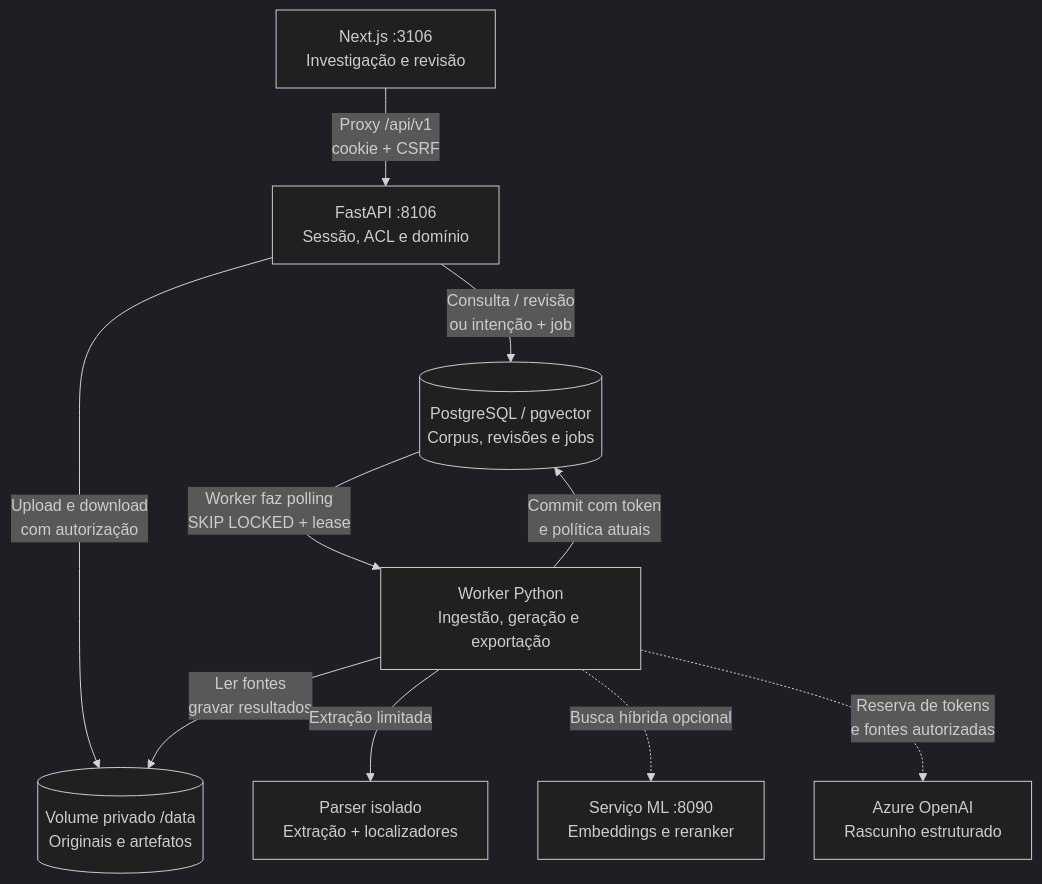
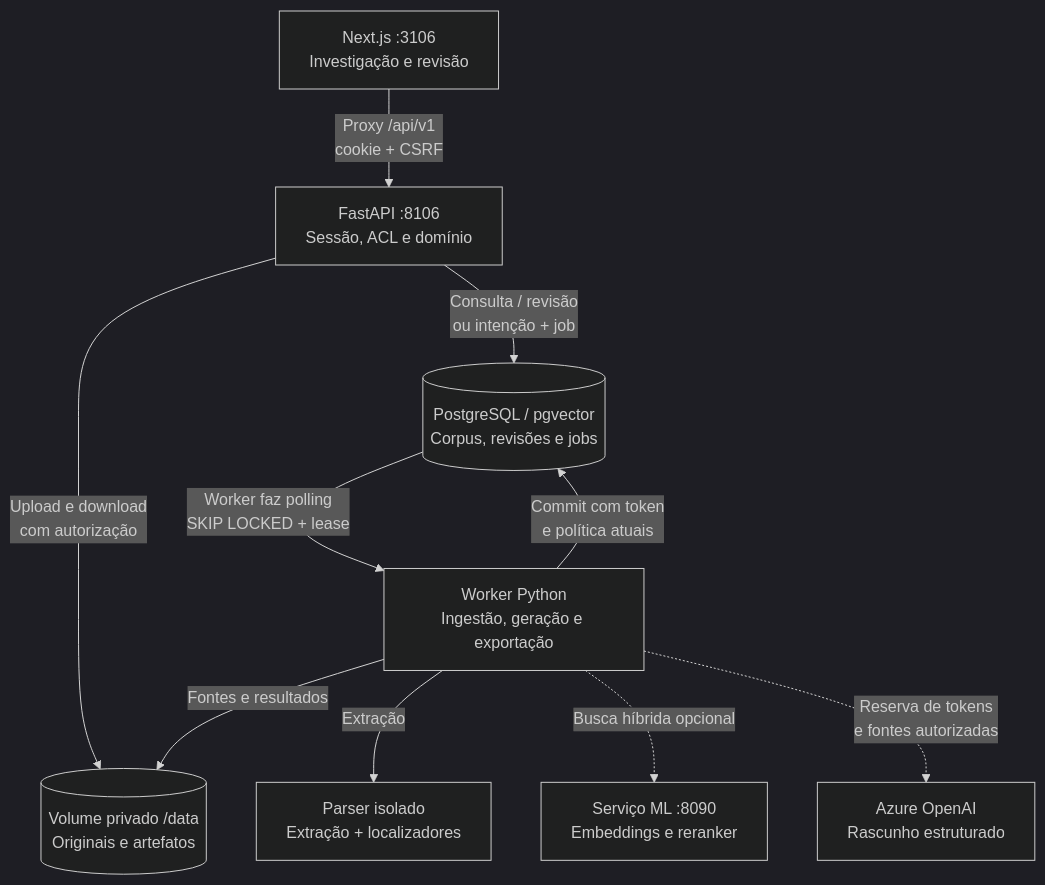
Before and after one commit to arthurjoanes/evidencedesk: the diagram in README.md, drawn with Mermaid (dark theme). The commit also changed other lines of this file and 22 other files, not shown here.

````diff
--- a/README.md
+++ b/README.md
@@ -56,21 +56,21 @@
 ```mermaid
 flowchart TB
     UI["Next.js :3106<br/>Investigação e revisão"]
     API["FastAPI :8106<br/>Sessão, ACL e domínio"]
     DB[("PostgreSQL / pgvector<br/>Corpus, revisões e jobs")]
     Worker["Worker Python<br/>Ingestão, geração e exportação"]
     Files[("Volume privado /data<br/>Originais e artefatos")]
     Parser["Parser isolado<br/>Extração + localizadores"]
     Models["Serviço ML :8090<br/>Embeddings e reranker"]
     Azure["Azure OpenAI<br/>Rascunho estruturado"]
 
     UI -->|"Proxy /api/v1<br/>cookie + CSRF"| API
     API -->|"Consulta / revisão<br/>ou intenção + job"| DB
     API -->|"Upload e download<br/>com autorização"| Files
     DB -->|"Worker faz polling<br/>SKIP LOCKED + lease"| Worker
     Worker -->|"Commit com token<br/>e política atuais"| DB
-    Worker -->|"Ler fontes<br/>gravar resultados"| Files
-    Worker -->|"Extração limitada"| Parser
+    Worker -->|"Fontes e resultados"| Files
+    Worker -->|"Extração"| Parser
     Worker -.->|"Busca híbrida opcional"| Models
     Worker -.->|"Reserva de tokens<br/>e fontes autorizadas"| Azure
 ```
````
